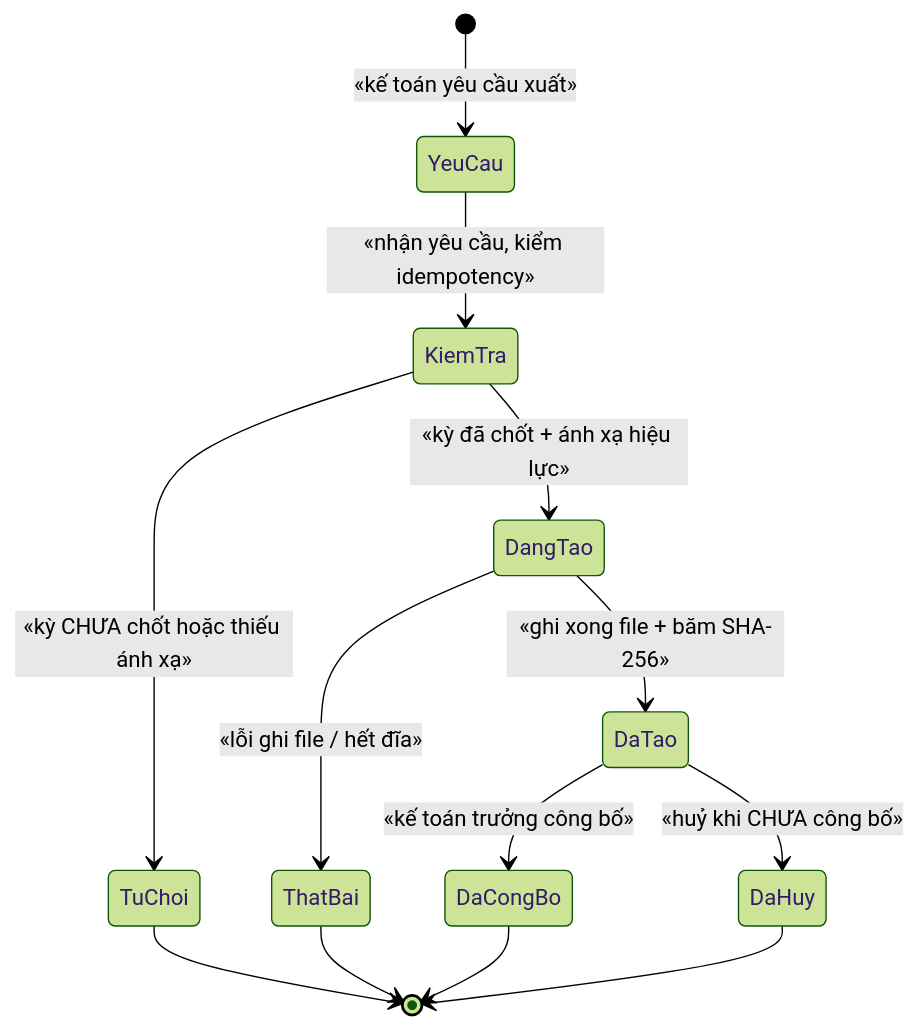
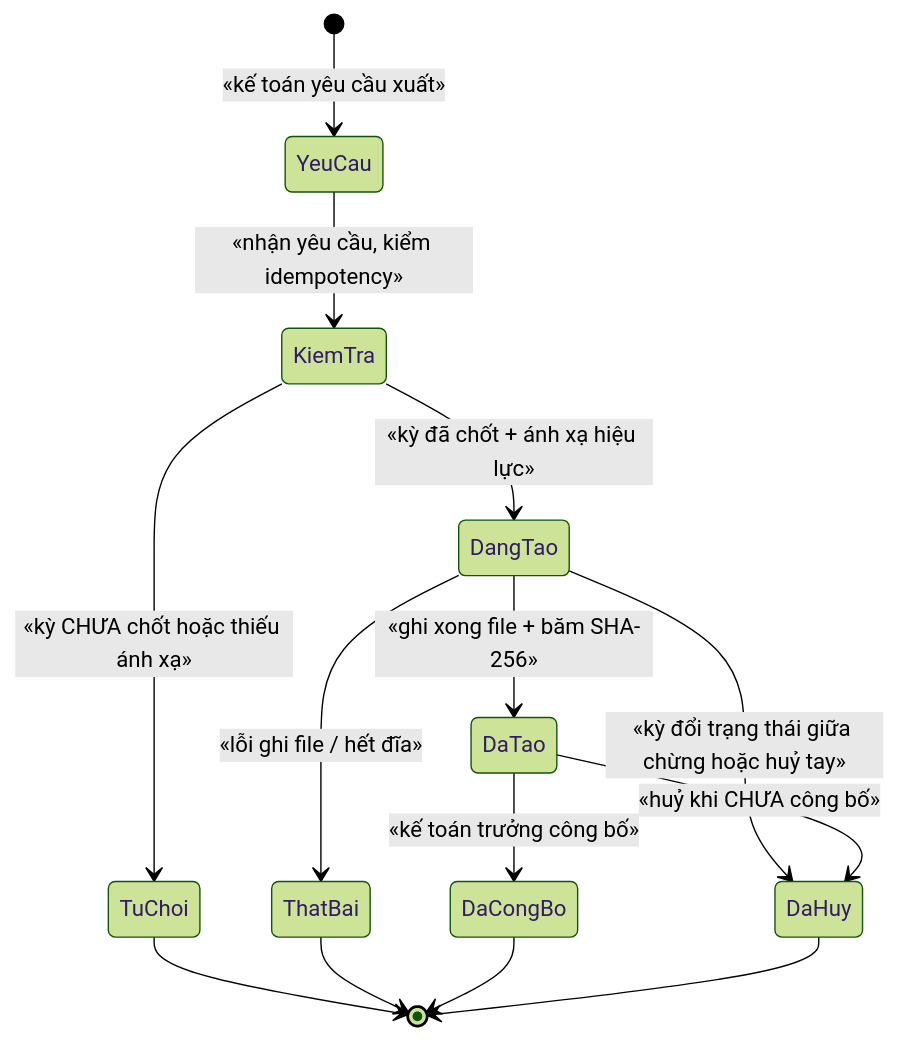
One commit to hungnt9801/eCommerce changed the second of 3 diagrams in docs/features/accounting/acc-001-xuat-lieu-ke-toan-excel-csv.md. Above: the diagram before and after it, drawn with Mermaid (forest theme). The commit also changed other lines of this file and 4 other files, not shown here.

````diff
--- a/docs/features/accounting/acc-001-xuat-lieu-ke-toan-excel-csv.md
+++ b/docs/features/accounting/acc-001-xuat-lieu-ke-toan-excel-csv.md
@@ -160,15 +169,16 @@
 ```mermaid
 stateDiagram-v2
     [*] --> YeuCau : «kế toán yêu cầu xuất»
     YeuCau --> KiemTra : «nhận yêu cầu, kiểm idempotency»
     KiemTra --> TuChoi : «kỳ CHƯA chốt hoặc thiếu ánh xạ»
     KiemTra --> DangTao : «kỳ đã chốt + ánh xạ hiệu lực»
     DangTao --> DaTao : «ghi xong file + băm SHA-256»
     DangTao --> ThatBai : «lỗi ghi file / hết đĩa»
+    DangTao --> DaHuy : «kỳ đổi trạng thái giữa chừng hoặc huỷ tay»
     DaTao --> DaCongBo : «kế toán trưởng công bố»
     DaTao --> DaHuy : «huỷ khi CHƯA công bố»
     TuChoi --> [*]
     ThatBai --> [*]
     DaCongBo --> [*]
     DaHuy --> [*]
 ```
````
